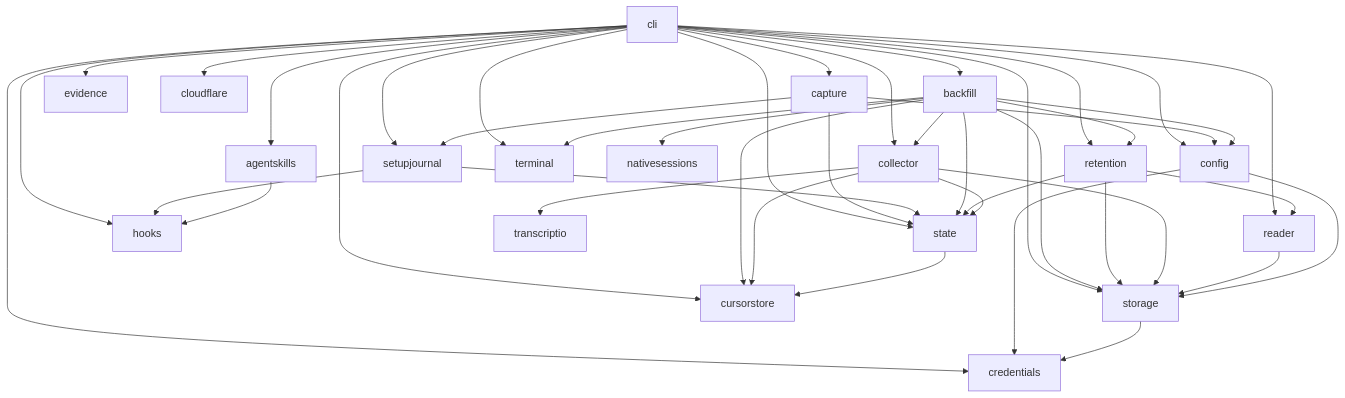
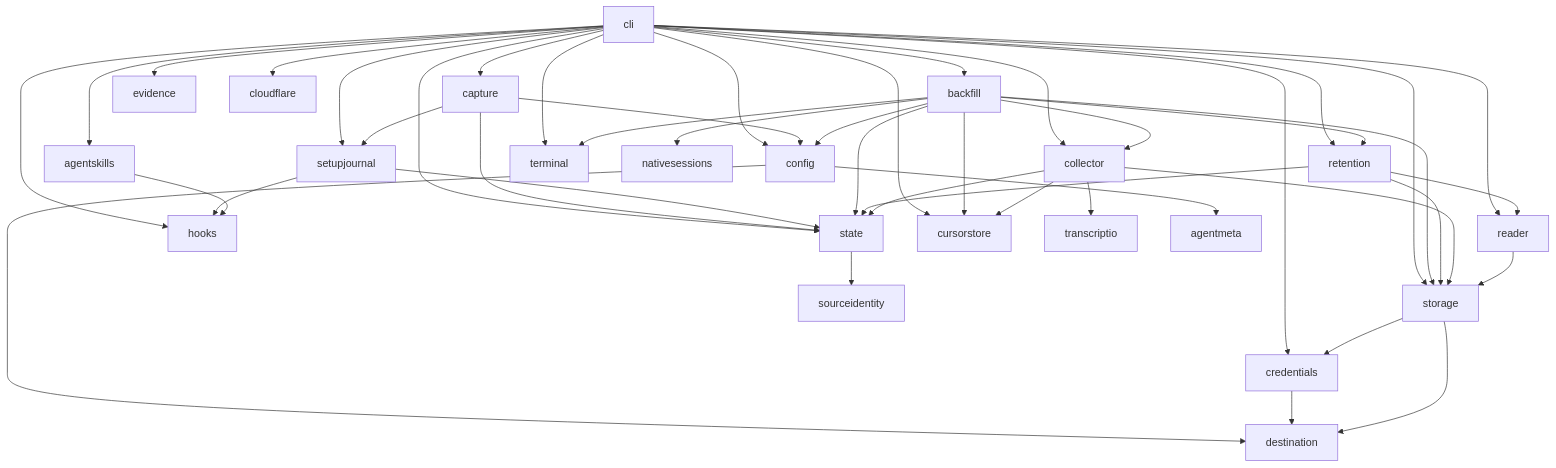
One commit to wangjohn/agent-archive changed the second of 2 diagrams in dev/contributing/architecture.md. Above: the diagram before and after it, drawn with Mermaid. The commit also changed other lines of this file and 41 other files, not shown here.

Commit message:
Finish injected inventories and prove fourth normal operation flows

````diff
--- a/dev/contributing/architecture.md
+++ b/dev/contributing/architecture.md
@@ -98,15 +98,16 @@
 ```mermaid
 flowchart TD
   cli --> capture & setupjournal & backfill & collector & retention & reader & hooks & evidence & agentskills
   cli --> config & state & storage & credentials & cloudflare & cursorstore & terminal
   capture --> setupjournal & config & state
   setupjournal --> hooks & state
   agentskills --> hooks
   backfill --> nativesessions & collector & retention & config & state & storage & cursorstore & terminal
   retention --> reader & state & storage
   collector --> transcriptio & state & storage & cursorstore
   reader --> storage
-  config --> credentials & storage
-  state --> cursorstore
-  storage --> credentials
+  config --> destination & agentmeta
+  state --> sourceidentity
+  credentials --> destination
+  storage --> credentials & destination
 ```
````
